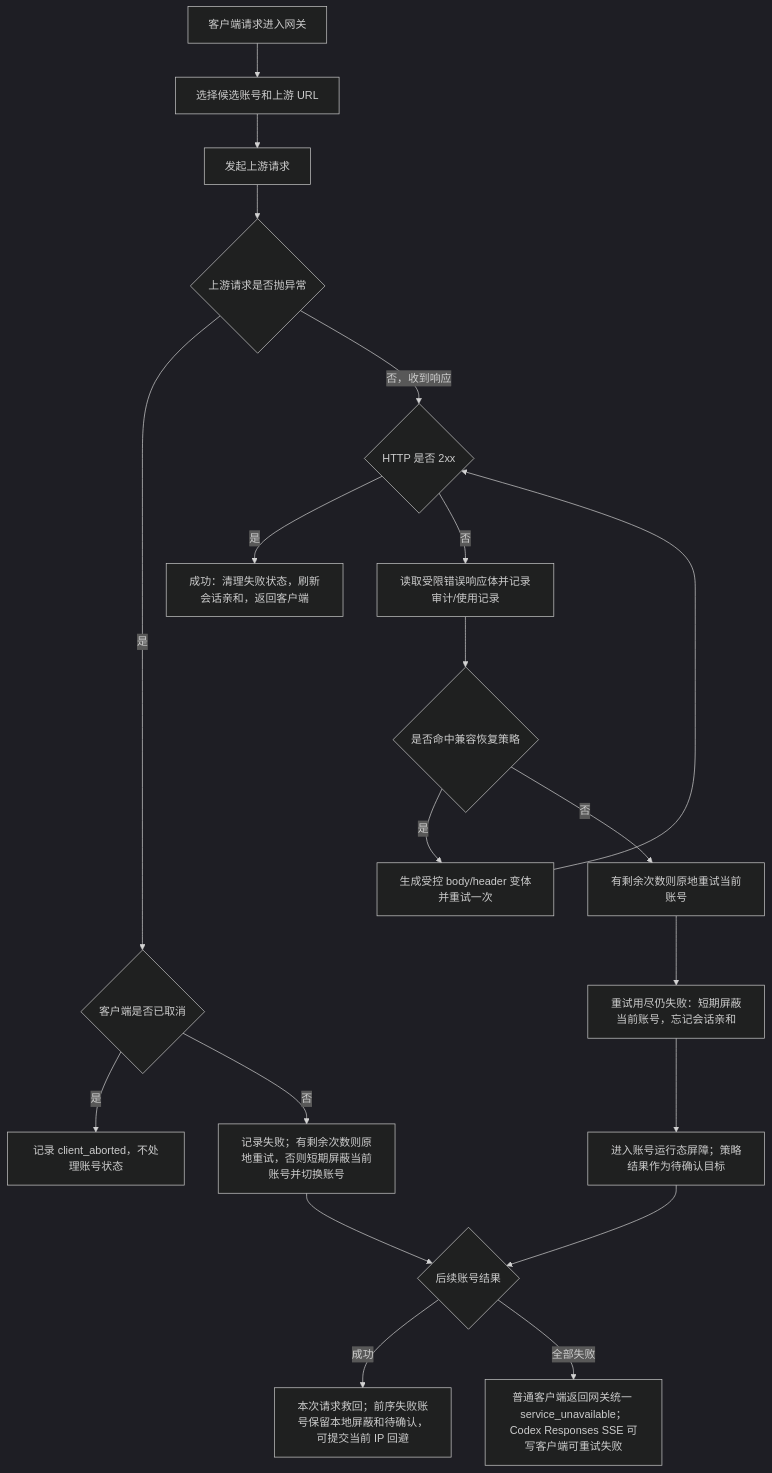
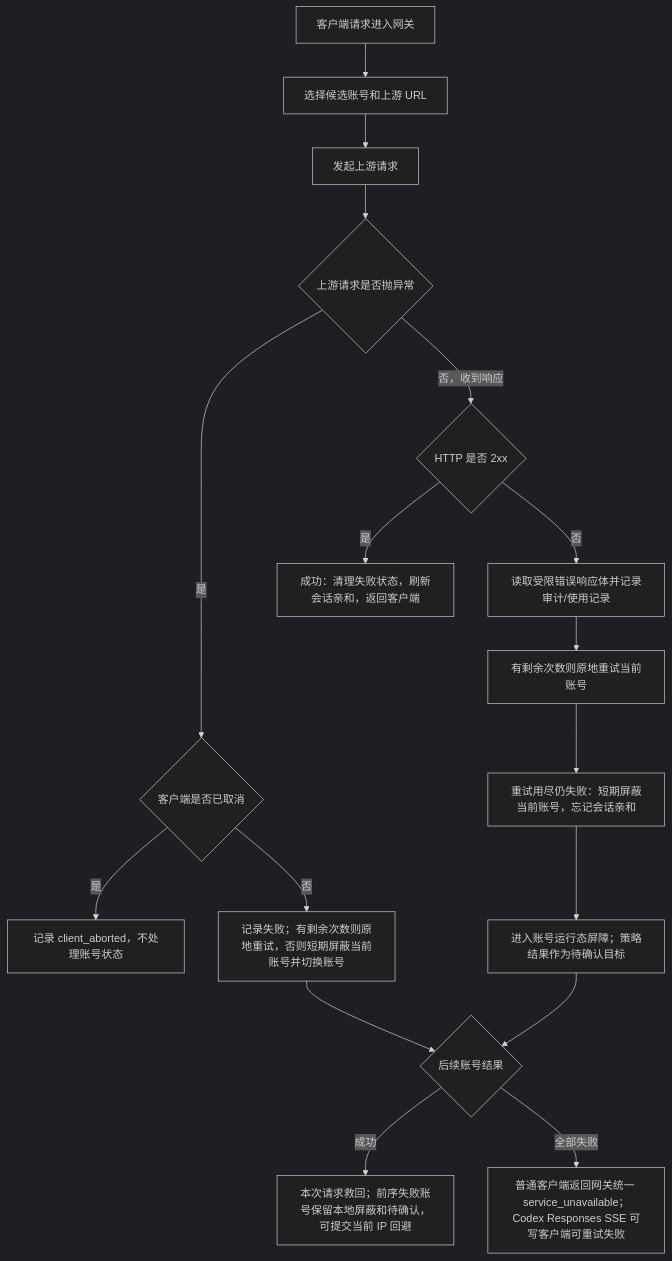
Before and after one commit to huanmin123/juhe-ai: the first of 3 diagrams in docs/functions/网关异常重试与兜底策略.md, drawn with Mermaid (dark theme). The commit also changed other lines of this file and 182 other files, not shown here.

````diff
--- a/docs/functions/网关异常重试与兜底策略.md
+++ b/docs/functions/网关异常重试与兜底策略.md
@@ -45,23 +44,20 @@
 ```mermaid
 flowchart TD
   A["客户端请求进入网关"] --> B["选择候选账号和上游 URL"]
   B --> C["发起上游请求"]
   C --> D{"上游请求是否抛异常"}
   D -- "是" --> E{"客户端是否已取消"}
   E -- "是" --> F["记录 client_aborted，不处理账号状态"]
   E -- "否" --> I["记录失败；有剩余次数则原地重试，否则短期屏蔽当前账号并切换账号"]
 
   D -- "否，收到响应" --> J{"HTTP 是否 2xx"}
   J -- "是" --> K["成功：清理失败状态，刷新会话亲和，返回客户端"]
   J -- "否" --> L["读取受限错误响应体并记录审计/使用记录"]
-  L --> Q{"是否命中兼容恢复策略"}
-  Q -- "是" --> Q1["生成受控 body/header 变体并重试一次"]
-  Q -- "否" --> R["有剩余次数则原地重试当前账号"]
-  Q1 --> J
+  L --> R["有剩余次数则原地重试当前账号"]
   R --> X["重试用尽仍失败：短期屏蔽当前账号，忘记会话亲和"]
   X --> P["进入账号运行态屏障；策略结果作为待确认目标"]
   P --> T{"后续账号结果"}
   I --> T
   T -- "成功" --> U["本次请求救回；前序失败账号保留本地屏蔽和待确认，可提交当前 IP 回避"]
   T -- "全部失败" --> W["普通客户端返回网关统一 service_unavailable；Codex Responses SSE 可写客户端可重试失败"]
 ```
````
